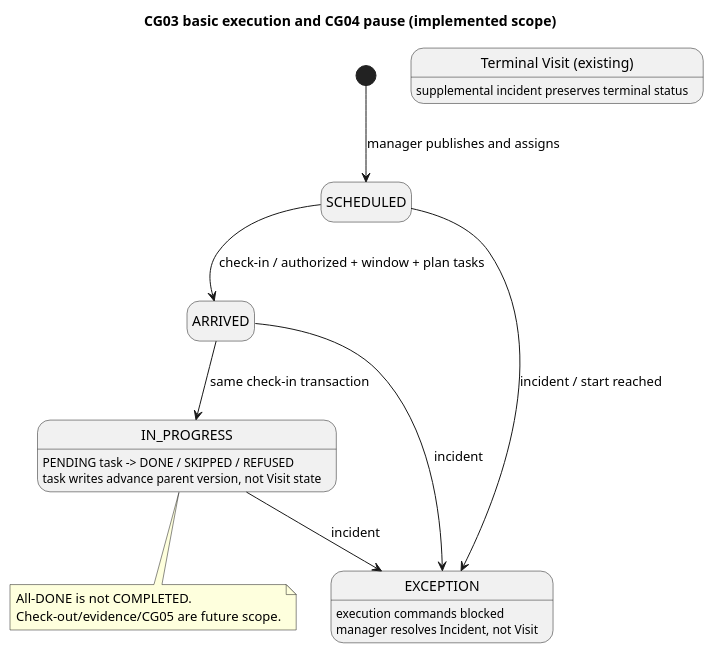
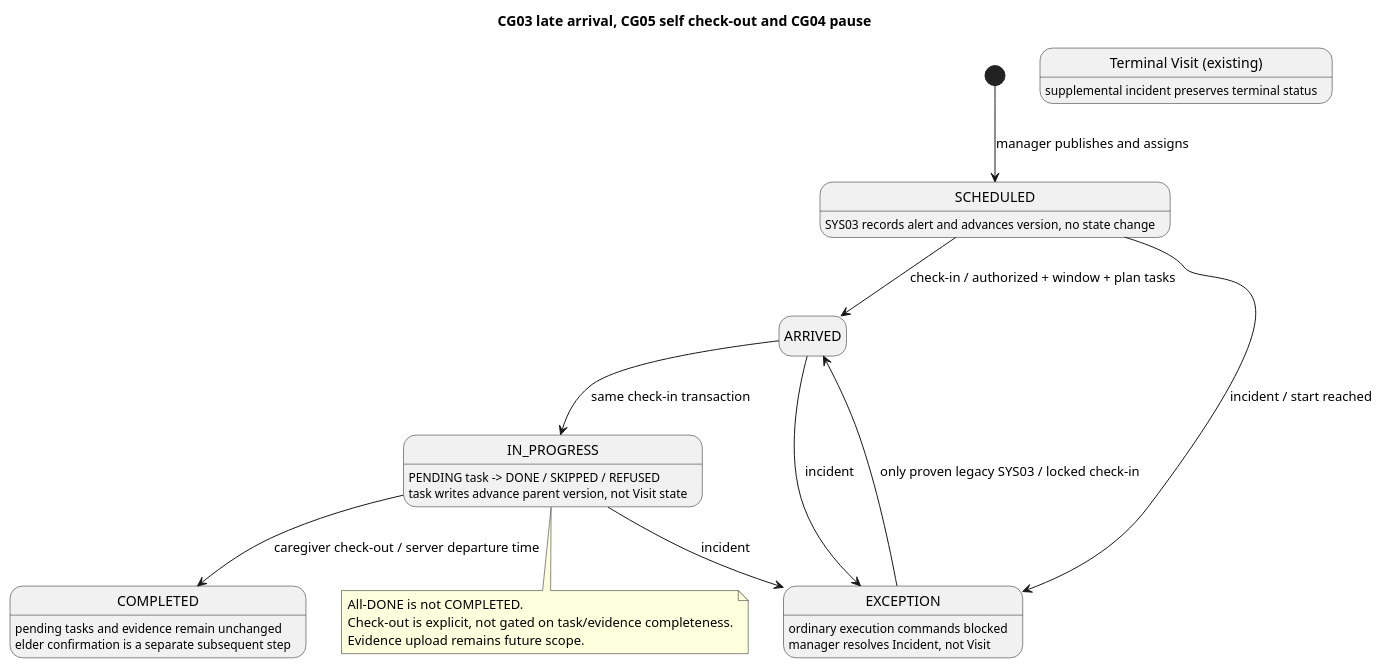
One commit to Care-Giver-SE-Team2/carelink changed the diagram in docs/design/caregiver/CG03-basic-execution-state.puml. Above: the diagram before and after it, drawn with PlantUML. The commit also changed 36 other files, not shown here.

Commit message:
feat(caregiver): allow late check-in and self check-out

```diff
--- a/docs/design/caregiver/CG03-basic-execution-state.puml
+++ b/docs/design/caregiver/CG03-basic-execution-state.puml
@@ -1,20 +1,26 @@
 @startuml
-title CG03 basic execution and CG04 pause (implemented scope)
+title CG03 late arrival, CG05 self check-out and CG04 pause
 hide empty description
 [*] --> SCHEDULED : manager publishes and assigns
 SCHEDULED --> ARRIVED : check-in / authorized + window + plan tasks
 ARRIVED --> IN_PROGRESS : same check-in transaction
 IN_PROGRESS : PENDING task -> DONE / SKIPPED / REFUSED
 IN_PROGRESS : task writes advance parent version, not Visit state
 SCHEDULED --> EXCEPTION : incident / start reached
 ARRIVED --> EXCEPTION : incident
 IN_PROGRESS --> EXCEPTION : incident
-EXCEPTION : execution commands blocked
+SCHEDULED : SYS03 records alert and advances version, no state change
+EXCEPTION --> ARRIVED : only proven legacy SYS03 / locked check-in
+IN_PROGRESS --> COMPLETED : caregiver check-out / server departure time
+COMPLETED : pending tasks and evidence remain unchanged
+COMPLETED : elder confirmation is a separate subsequent step
+EXCEPTION : ordinary execution commands blocked
 EXCEPTION : manager resolves Incident, not Visit
 state "Terminal Visit (existing)" as Terminal
 Terminal : supplemental incident preserves terminal status
 note bottom of IN_PROGRESS
 All-DONE is not COMPLETED.
-Check-out/evidence/CG05 are future scope.
+Check-out is explicit, not gated on task/evidence completeness.
+Evidence upload remains future scope.
 end note
 @enduml
```
